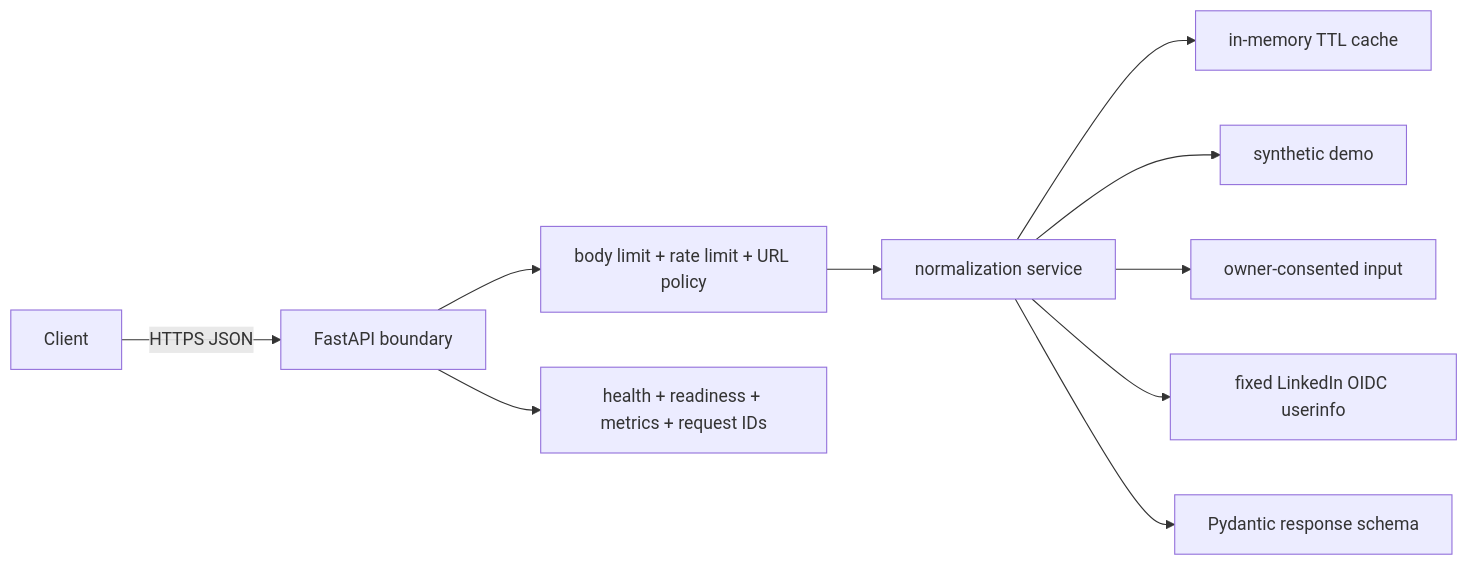
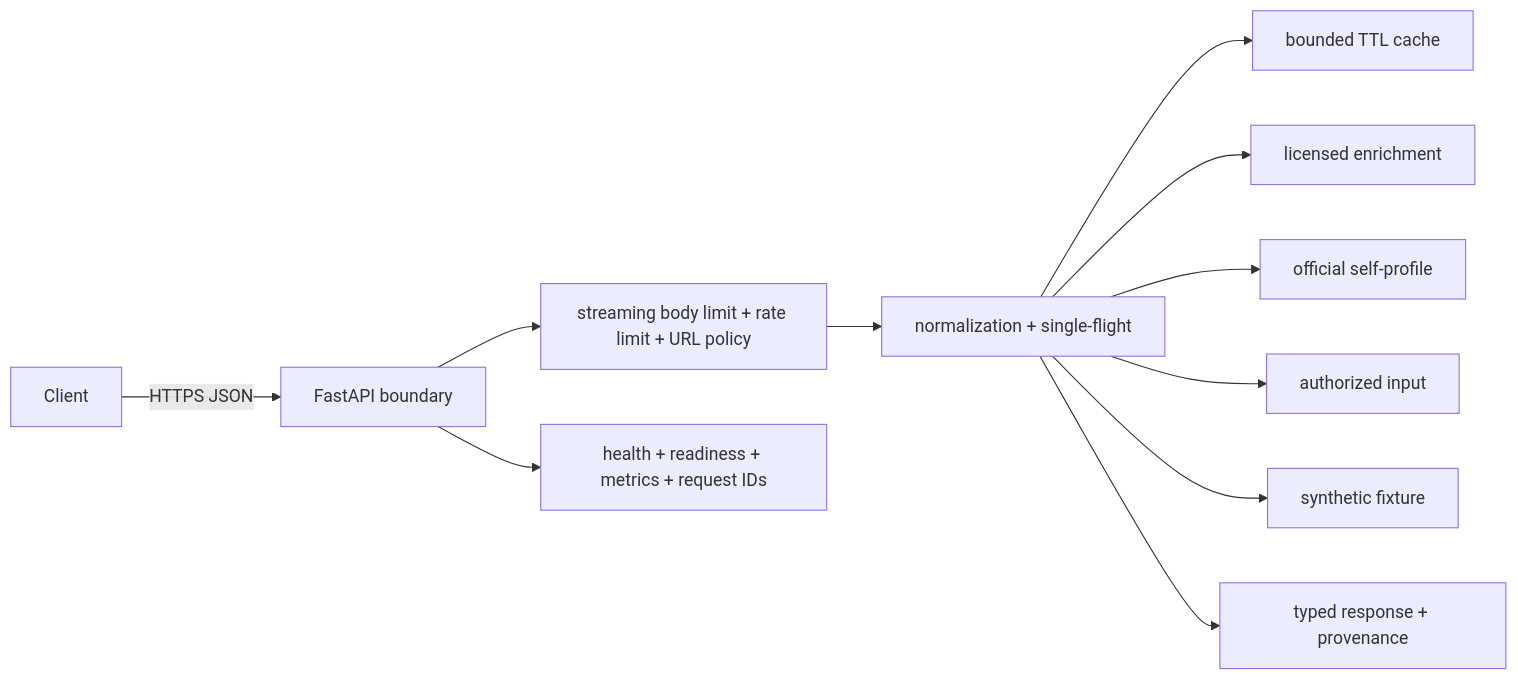
The diagram in README.md (RitwijParmar/ProfileProof), drawn with Mermaid before and after one commit. The commit also changed other lines of this file and 22 other files, not shown here.

Commit message:
Add licensed real-profile enrichment

````diff
--- a/README.md
+++ b/README.md
@@ -77,12 +58,13 @@
 ```mermaid
 flowchart LR
   Client -->|HTTPS JSON| API[FastAPI boundary]
-  API --> Guard[body limit + rate limit + URL policy]
-  Guard --> Service[normalization service]
-  Service --> Cache[in-memory TTL cache]
-  Service --> Demo[synthetic demo]
-  Service --> Consent[owner-consented input]
-  Service --> OIDC[fixed LinkedIn OIDC userinfo]
-  Service --> Schema[Pydantic response schema]
+  API --> Guard[streaming body limit + rate limit + URL policy]
+  Guard --> Service[normalization + single-flight]
+  Service --> Cache[bounded TTL cache]
+  Service --> PDL[licensed enrichment]
+  Service --> OIDC[official self-profile]
+  Service --> Consent[authorized input]
+  Service --> Demo[synthetic fixture]
+  Service --> Schema[typed response + provenance]
   API --> Ops[health + readiness + metrics + request IDs]
 ```
````
